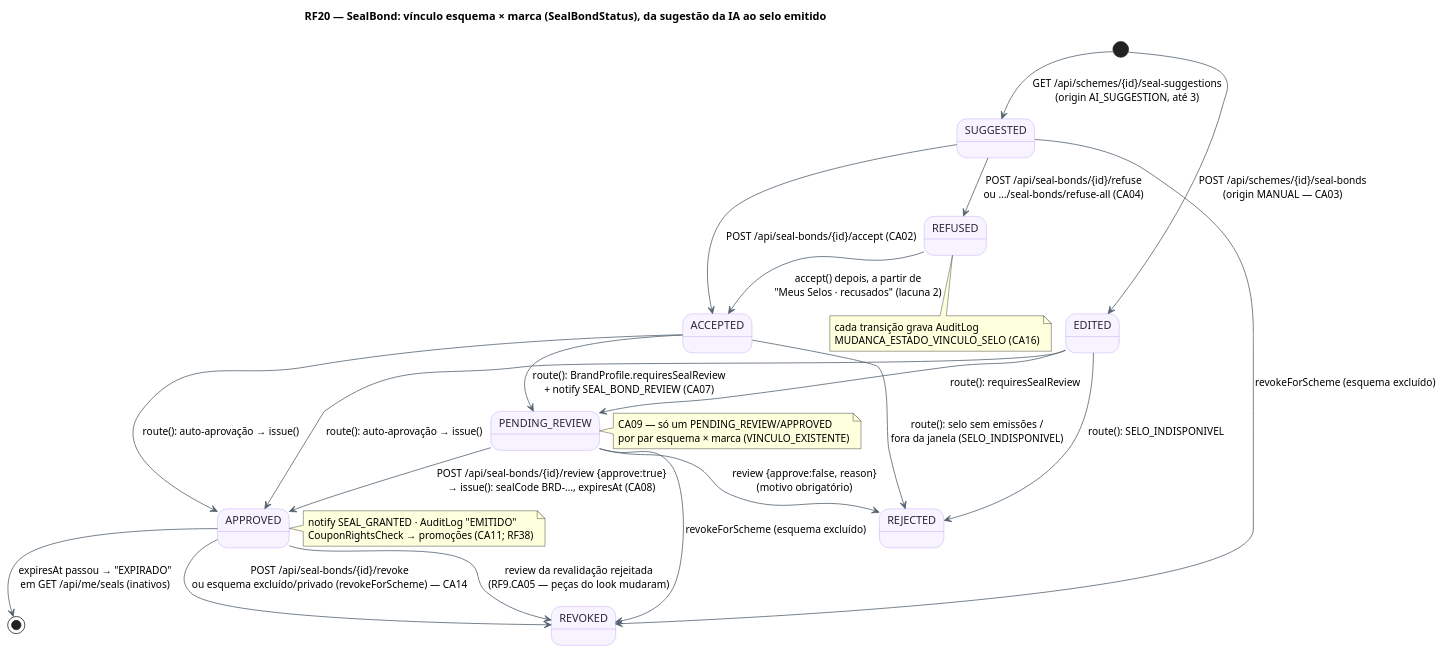
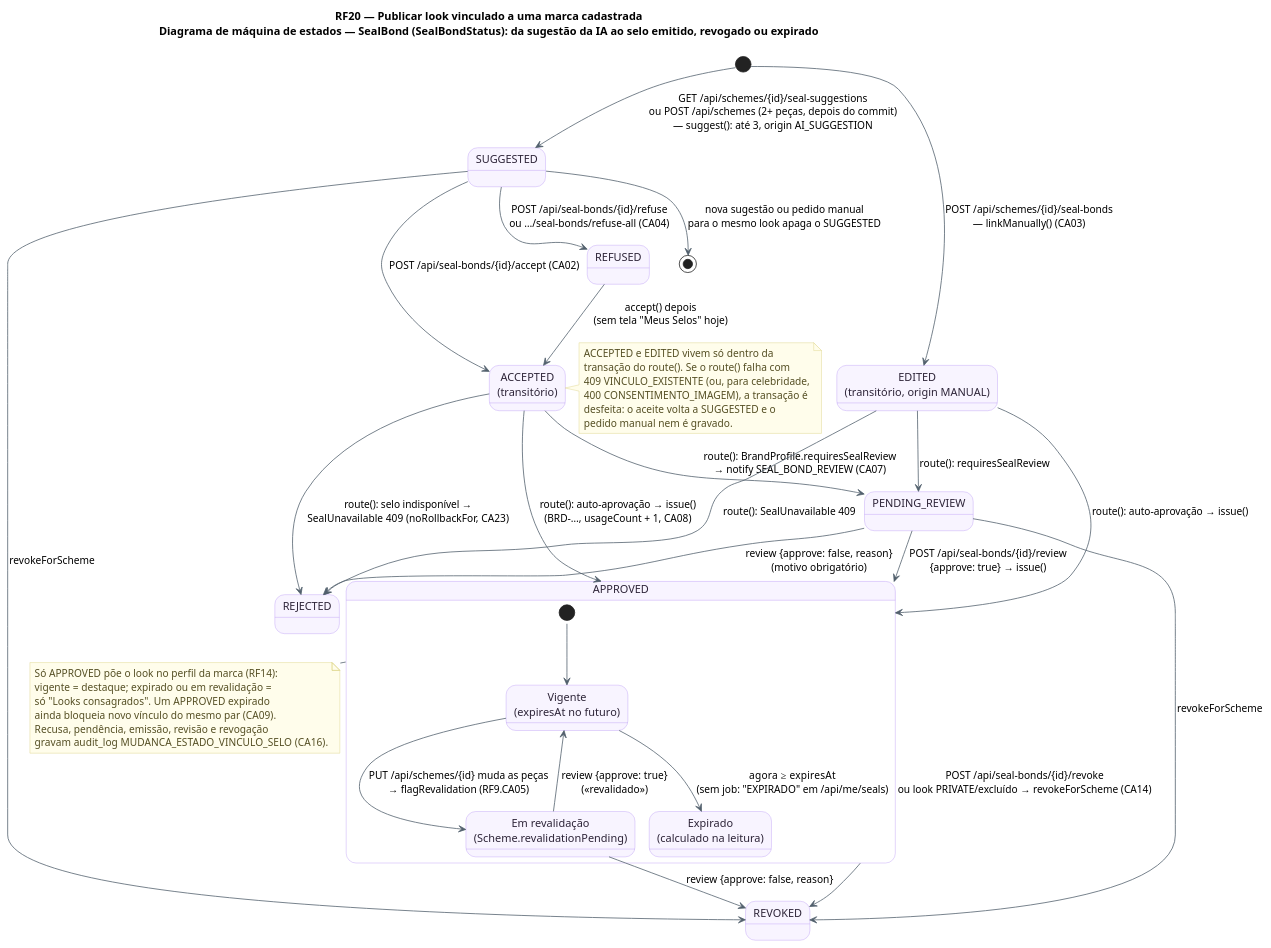
The diagram in docs/diagramas/RF20/RF20-maquinadeestados-vinculo.puml (MatheusHaliski/tcc-2026-fashion-ai-backend), drawn with PlantUML before and after one commit. The commit also changed 638 other files, not shown here.

First line of the commit message:
Diagramas UML: reescrita pelo código atual e realinhamento ao Trello (parte 2, checkpoint)

```diff
--- a/docs/diagramas/RF20/RF20-maquinadeestados-vinculo.puml
+++ b/docs/diagramas/RF20/RF20-maquinadeestados-vinculo.puml
@@ -1,40 +1,69 @@
 @startuml RF20_MaquinaDeEstados_Vinculo
 !pragma layout smetana
-title RF20 — SealBond: vínculo esquema × marca (SealBondStatus), da sugestão da IA ao selo emitido
+title RF20 — Publicar look vinculado a uma marca cadastrada\nDiagrama de máquina de estados — SealBond (SealBondStatus): da sugestão da IA ao selo emitido, revogado ou expirado
 skinparam backgroundColor #FFFFFF
 skinparam state {
   BackgroundColor #F8F4FF
   BorderColor #B695F5
   FontColor #2D2438
   ArrowColor #52606D
 }
-[*] --> Sugerido : GET /api/schemes/{id}/seal-suggestions\n(origin AI_SUGGESTION, até 3)
-[*] --> Editado : POST /api/schemes/{id}/seal-bonds\n(origin MANUAL — CA03)
+skinparam note {
+  BackgroundColor #FFFDEB
+  BorderColor #D8CE78
+  FontColor #554F24
+}
 state "SUGGESTED" as Sugerido
-state "ACCEPTED" as Aceito
-state "EDITED" as Editado
 state "REFUSED" as Recusado
+state "ACCEPTED\n(transitório)" as Aceito
+state "EDITED\n(transitório, origin MANUAL)" as Editado
 state "PENDING_REVIEW" as EmRevisao
-state "APPROVED" as Aprovado
+state "APPROVED" as Aprovado {
+  state "Vigente\n(expiresAt no futuro)" as Vigente
+  state "Em revalidação\n(Scheme.revalidationPending)" as Revalida
+  state "Expirado\n(calculado na leitura)" as Expirado
+  [*] --> Vigente
+  Vigente --> Revalida : PUT /api/schemes/{id} muda as peças\n→ flagRevalidation (RF9.CA05)
+  Revalida --> Vigente : review {approve: true}\n(«revalidado»)
+  Vigente --> Expirado : agora ≥ expiresAt\n(sem job: "EXPIRADO" em /api/me/seals)
+}
 state "REJECTED" as Rejeitado
 state "REVOKED" as Revogado
+
+[*] --> Sugerido : GET /api/schemes/{id}/seal-suggestions\nou POST /api/schemes (2+ peças, depois do commit)\n— suggest(): até 3, origin AI_SUGGESTION
+[*] --> Editado : POST /api/schemes/{id}/seal-bonds\n— linkManually() (CA03)
+Sugerido --> Recusado : POST /api/seal-bonds/{id}/refuse\nou …/seal-bonds/refuse-all (CA04)
 Sugerido --> Aceito : POST /api/seal-bonds/{id}/accept (CA02)
-Sugerido --> Recusado : POST /api/seal-bonds/{id}/refuse\nou …/seal-bonds/refuse-all (CA04)
-Recusado --> Aceito : accept() depois, a partir de\n"Meus Selos · recusados" (lacuna 2)
-Aceito --> EmRevisao : route(): BrandProfile.requiresSealReview\n+ notify SEAL_BOND_REVIEW (CA07)
+Recusado --> Aceito : accept() depois\n(sem tela "Meus Selos" hoje)
+Sugerido --> [*] : nova sugestão ou pedido manual\npara o mesmo look apaga o SUGGESTED
+
+Aceito --> EmRevisao : route(): BrandProfile.requiresSealReview\n→ notify SEAL_BOND_REVIEW (CA07)
 Editado --> EmRevisao : route(): requiresSealReview
-Aceito --> Aprovado : route(): auto-aprovação → issue()
+Aceito --> Aprovado : route(): auto-aprovação → issue()\n(BRD-…, usageCount + 1, CA08)
 Editado --> Aprovado : route(): auto-aprovação → issue()
-Aceito --> Rejeitado : route(): selo sem emissões /\nfora da janela (SELO_INDISPONIVEL)
-Editado --> Rejeitado : route(): SELO_INDISPONIVEL
-EmRevisao --> Aprovado : POST /api/seal-bonds/{id}/review {approve:true}\n→ issue(): sealCode BRD-…, expiresAt (CA08)
-EmRevisao --> Rejeitado : review {approve:false, reason}\n(motivo obrigatório)
-Aprovado --> Revogado : POST /api/seal-bonds/{id}/revoke\nou esquema excluído/privado (revokeForScheme) — CA14
-Aprovado --> Revogado : review da revalidação rejeitada\n(RF9.CA05 — peças do look mudaram)
-Sugerido --> Revogado : revokeForScheme (esquema excluído)
-EmRevisao --> Revogado : revokeForScheme (esquema excluído)
-Aprovado --> [*] : expiresAt passou → "EXPIRADO"\nem GET /api/me/seals (inativos)
-note right of Aprovado : notify SEAL_GRANTED · AuditLog "EMITIDO"\nCouponRightsCheck → promoções (CA11; RF38)
-note right of EmRevisao : CA09 — só um PENDING_REVIEW/APPROVED\npor par esquema × marca (VINCULO_EXISTENTE)
-note bottom of Recusado : cada transição grava AuditLog\nMUDANCA_ESTADO_VINCULO_SELO (CA16)
+Aceito --> Rejeitado : route(): selo indisponível →\nSealUnavailable 409 (noRollbackFor, CA23)
+Editado --> Rejeitado : route(): SealUnavailable 409
+EmRevisao --> Aprovado : POST /api/seal-bonds/{id}/review\n{approve: true} → issue()
+EmRevisao --> Rejeitado : review {approve: false, reason}\n(motivo obrigatório)
+Revalida --> Revogado : review {approve: false, reason}
+Aprovado --> Revogado : POST /api/seal-bonds/{id}/revoke\nou look PRIVATE/excluído → revokeForScheme (CA14)
+Sugerido --> Revogado : revokeForScheme
+EmRevisao --> Revogado : revokeForScheme
+
+note right of Aceito
+  ACCEPTED e EDITED vivem só dentro da
+  transação do route(). Se o route() falha com
+  409 VINCULO_EXISTENTE (ou, para celebridade,
+  400 CONSENTIMENTO_IMAGEM), a transação é
+  desfeita: o aceite volta a SUGGESTED e o
+  pedido manual nem é gravado.
+end note
+note bottom of Aprovado
+  Só APPROVED põe o look no perfil da marca (RF14):
+  vigente = destaque; expirado ou em revalidação =
+  só "Looks consagrados". Um APPROVED expirado
+  ainda bloqueia novo vínculo do mesmo par (CA09).
+  Recusa, pendência, emissão, revisão e revogação
+  gravam audit_log MUDANCA_ESTADO_VINCULO_SELO (CA16).
+end note
 @enduml
```
